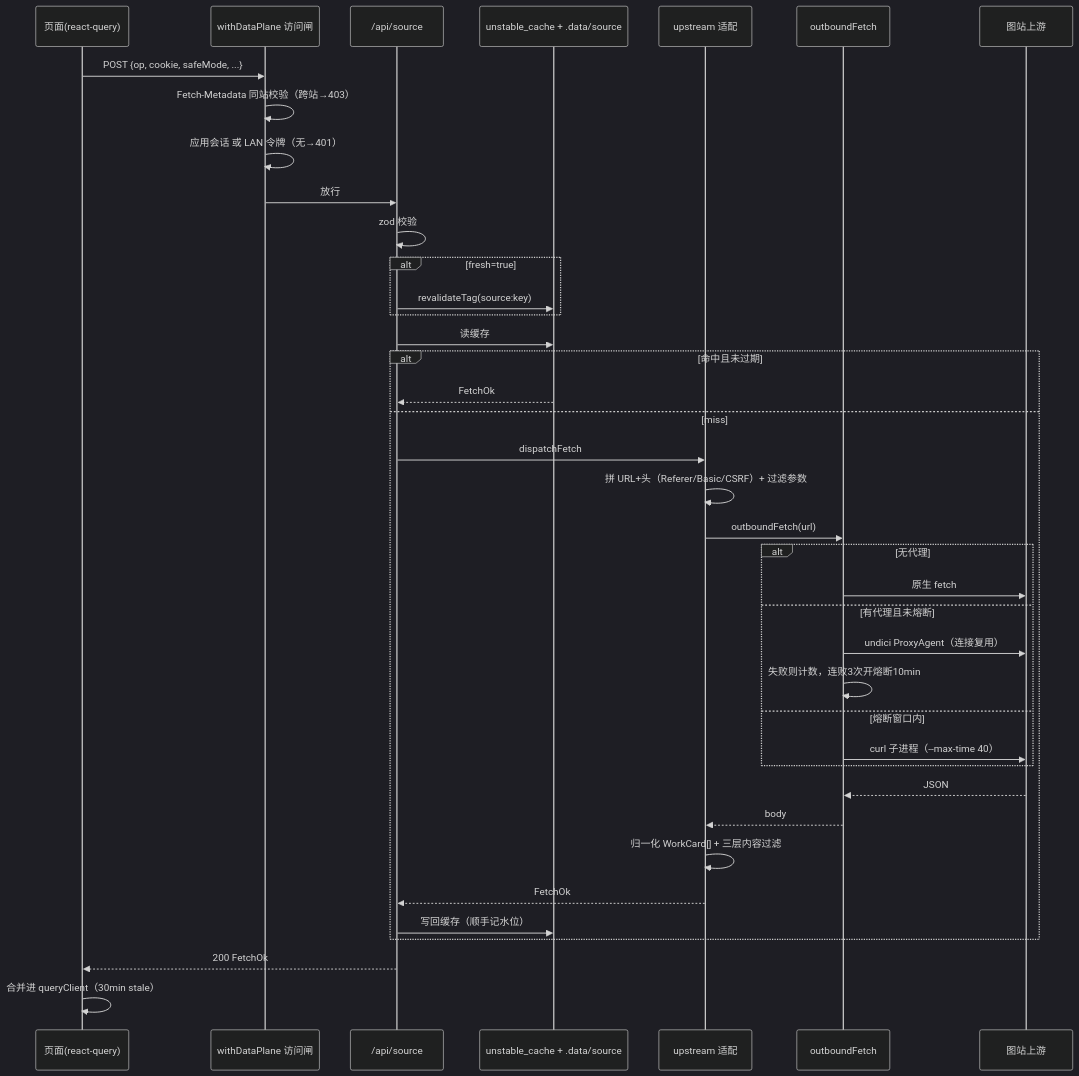
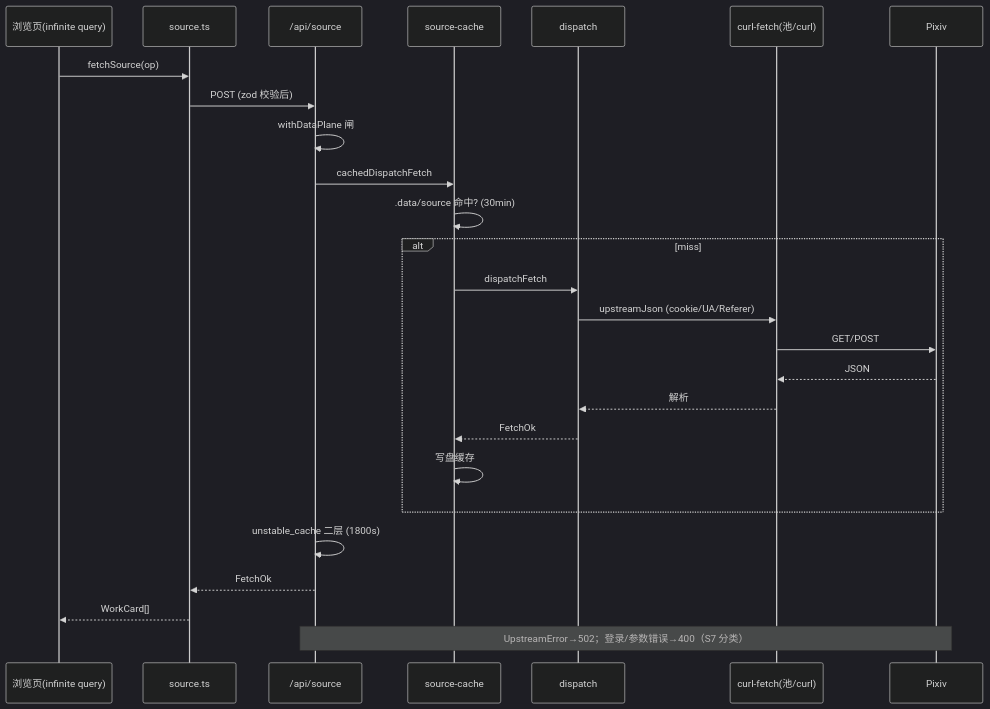
The first of 5 diagrams in docs/diagrams/时序图.md (Atsukiizumi/Kami-paperbox), drawn with Mermaid (dark theme) before and after one commit. The commit also changed other lines of this file and 25 other files, not shown here.

First line of the commit message:
docs 全量重推导：基线 75e7de0 重写 00~16 + 9 图

````diff
--- a/docs/diagrams/时序图.md
+++ b/docs/diagrams/时序图.md
@@ -7,42 +8,28 @@
 ```mermaid
 sequenceDiagram
-    participant P as 页面(react-query)
-    participant G as withDataPlane 访问闸
-    participant A as /api/source
-    participant C as unstable_cache + .data/source
-    participant U as upstream 适配
-    participant O as outboundFetch
-    participant X as 图站上游
-
-    P->>G: POST {op, cookie, safeMode, ...}
-    G->>G: Fetch-Metadata 同站校验（跨站→403）
-    G->>G: 应用会话 或 LAN 令牌（无→401）
-    G->>A: 放行
-    A->>A: zod 校验
-    alt fresh=true
-        A->>C: revalidateTag(source:key)
-    end
-    A->>C: 读缓存
-    alt 命中且未过期
-        C-->>A: FetchOk
-    else miss
-        A->>U: dispatchFetch
-        U->>U: 拼 URL+头（Referer/Basic/CSRF）+ 过滤参数
-        U->>O: outboundFetch(url)
-        alt 无代理
-            O->>X: 原生 fetch
-        else 有代理且未熔断
-            O->>X: undici ProxyAgent（连接复用）
-            O->>O: 失败则计数，连败3次开熔断10min
-        else 熔断窗口内
-            O->>X: curl 子进程（--max-time 40）
-        end
-        X-->>O: JSON
-        O-->>U: body
-        U->>U: 归一化 WorkCard[] + 三层内容过滤
-        U-->>A: FetchOk
-        A->>C: 写回缓存（顺手记水位）
-    end
-    A-->>P: 200 FetchOk
-    P->>P: 合并进 queryClient（30min stale）
+  participant UI as 浏览页(infinite query)
+  participant S as source.ts
+  participant API as /api/source
+  participant SC as source-cache
+  participant D as dispatch
+  participant CF as curl-fetch(池/curl)
+  participant PX as Pixiv
+  UI->>S: fetchSource(op)
+  S->>API: POST (zod 校验后)
+  API->>API: withDataPlane 闸
+  API->>SC: cachedDispatchFetch
+  SC->>SC: .data/source 命中? (30min)
+  alt miss
+    SC->>D: dispatchFetch
+    D->>CF: upstreamJson (cookie/UA/Referer)
+    CF->>PX: GET/POST
+    PX-->>CF: JSON
+    CF-->>D: 解析
+    D-->>SC: FetchOk
+    SC->>SC: 写盘缓存
+  end
+  API->>API: unstable_cache 二层 (1800s)
+  API-->>S: FetchOk
+  S-->>UI: WorkCard[]
+  Note over API,PX: UpstreamError→502；登录/参数错误→400（S7 分类）
 ```
````
